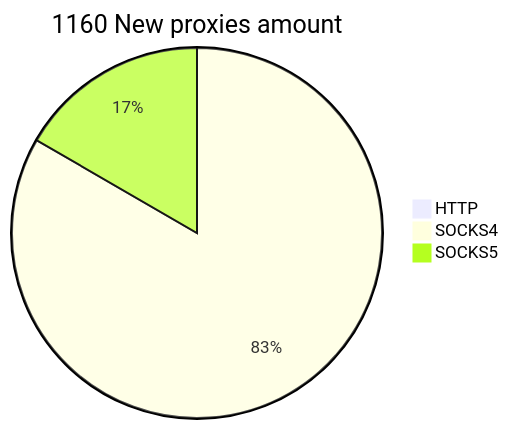
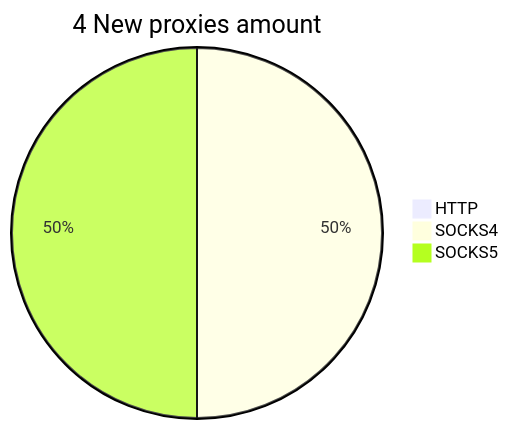
The second of 2 diagrams in README.md (cutipu/proxylist), drawn with Mermaid before and after one commit. The commit also changed other lines of this file, not shown here.

````diff
--- a/README.md
+++ b/README.md
@@ -10,6 +10,6 @@
 ```mermaid
-pie title 1160 New proxies amount
-    "HTTP" : 1
-    "SOCKS4" : 966
-    "SOCKS5" : 193
+pie title 4 New proxies amount
+    "HTTP" : 0
+    "SOCKS4" : 2
+    "SOCKS5" : 2
 ```
````
